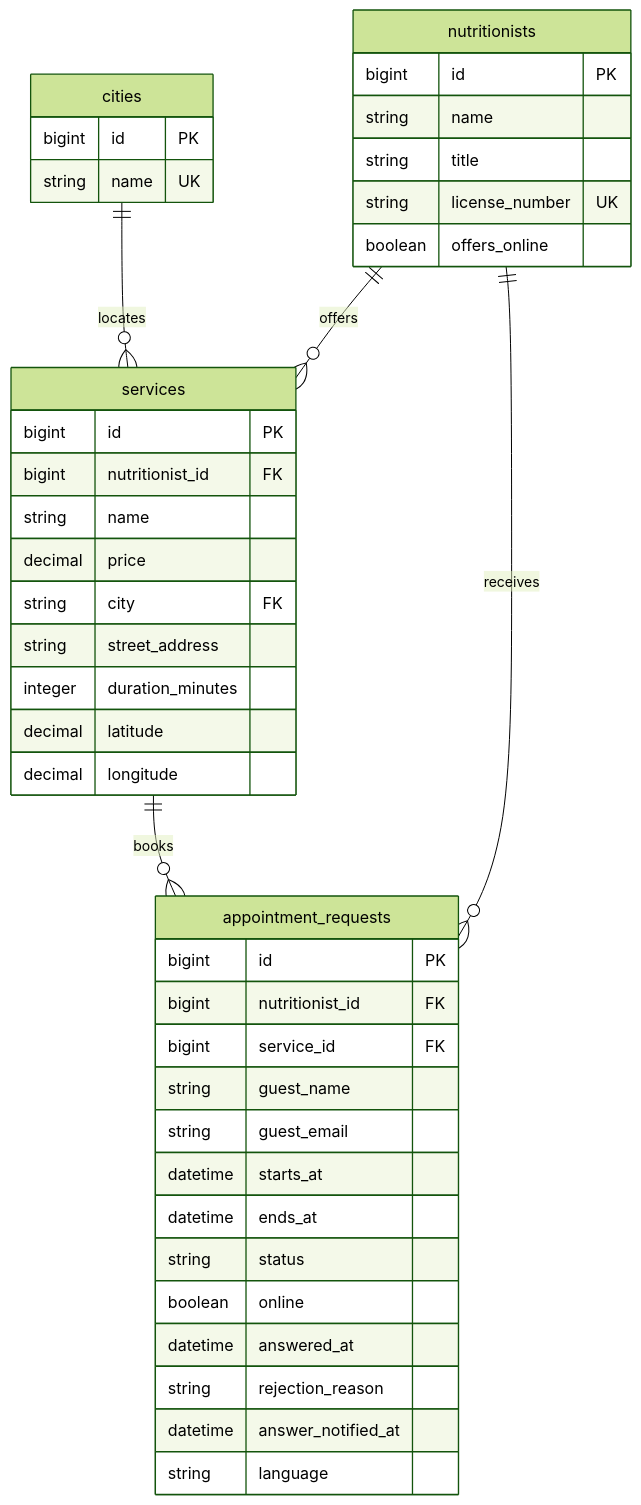
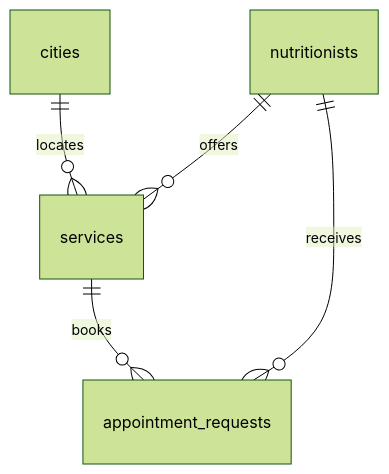
Before and after one commit to rgllm/NutriBook: the diagram in README.md, drawn with Mermaid (forest theme). The commit also changed other lines of this file and 18 other files, not shown here.

````diff
--- a/README.md
+++ b/README.md
@@ -186,45 +84,7 @@
 ```mermaid
 erDiagram
     cities ||--o{ services : locates
     nutritionists ||--o{ services : offers
     nutritionists ||--o{ appointment_requests : receives
     services ||--o{ appointment_requests : books
-
-    cities {
-        bigint id PK
-        string name UK
-    }
-    nutritionists {
-        bigint id PK
-        string name
-        string title
-        string license_number UK
-        boolean offers_online
-    }
-    services {
-        bigint id PK
-        bigint nutritionist_id FK
-        string name
-        decimal price
-        string city FK
-        string street_address
-        integer duration_minutes
-        decimal latitude
-        decimal longitude
-    }
-    appointment_requests {
-        bigint id PK
-        bigint nutritionist_id FK
-        bigint service_id FK
-        string guest_name
-        string guest_email
-        datetime starts_at
-        datetime ends_at
-        string status
-        boolean online
-        datetime answered_at
-        string rejection_reason
-        datetime answer_notified_at
-        string language
-    }
 ```
````
